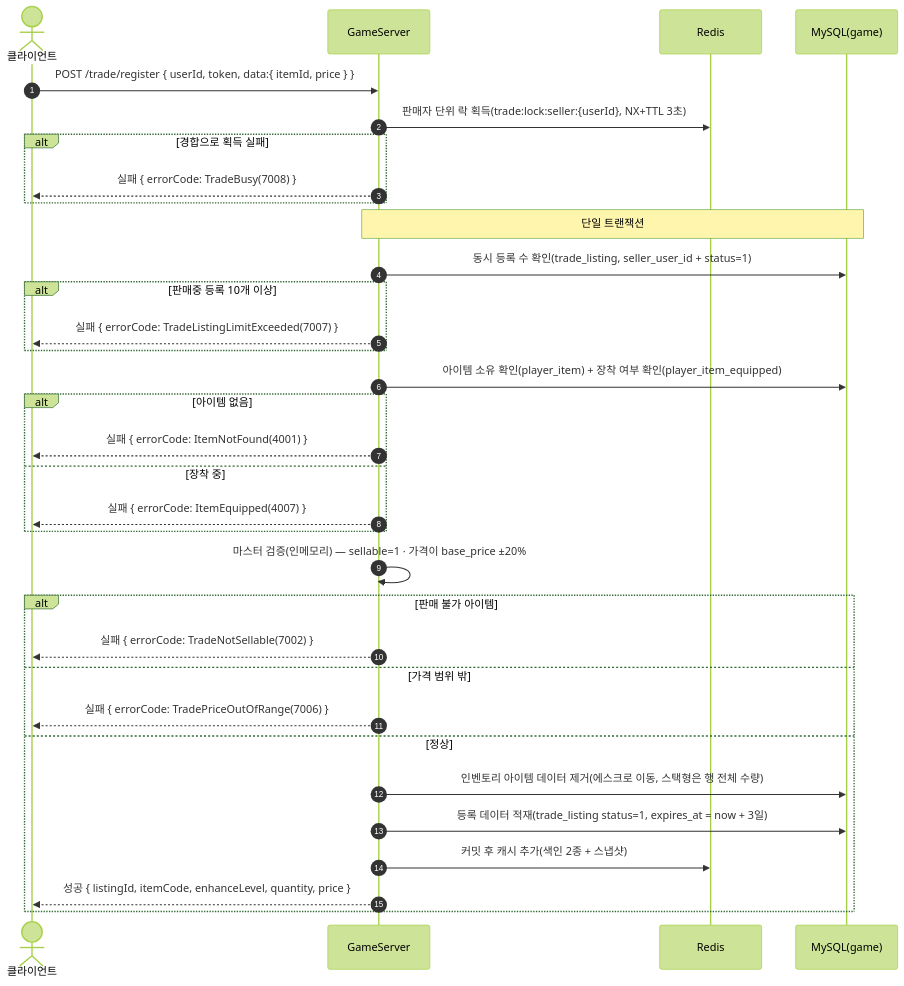
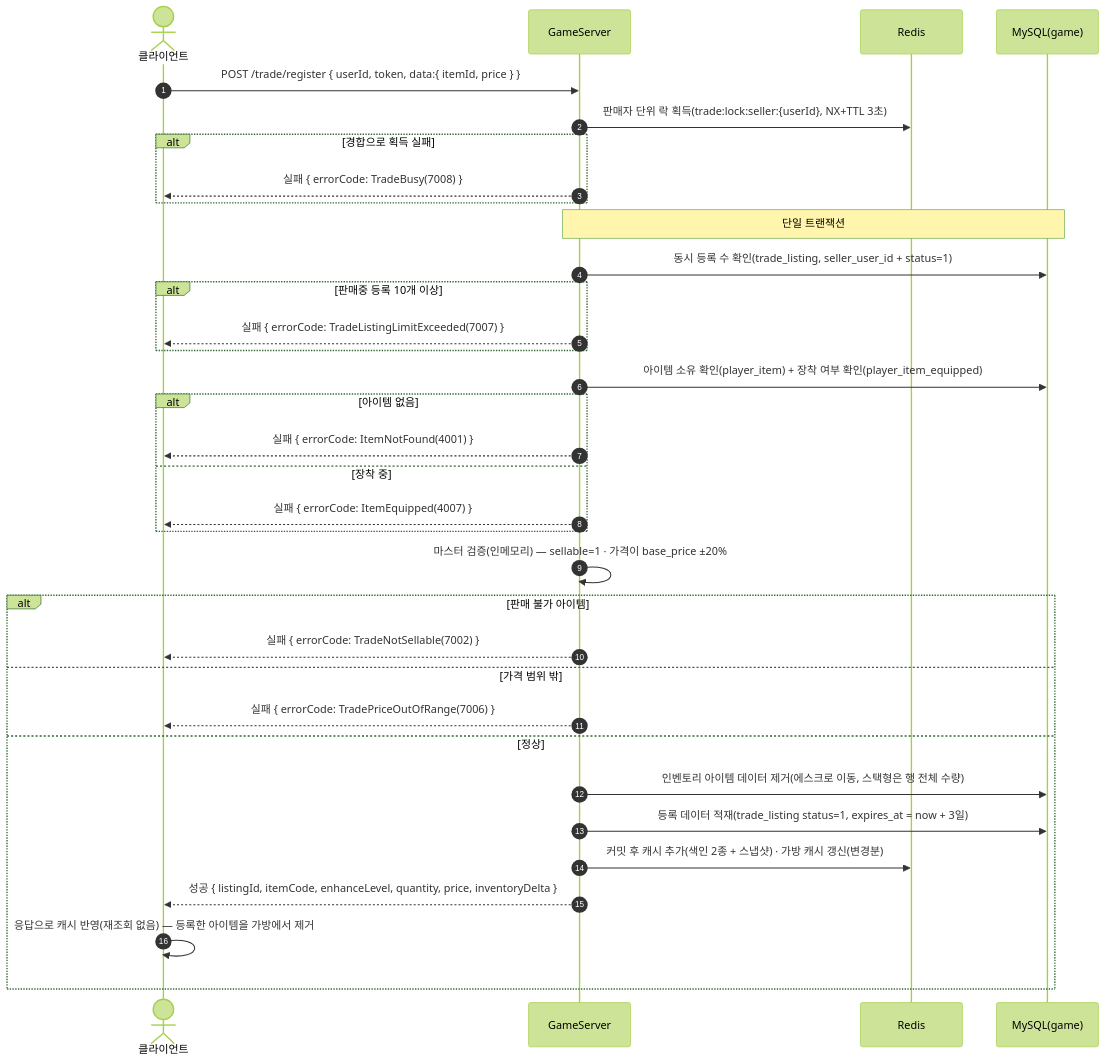
Diagram 26 of 35 in SequenceDiagram/README.md (ks-wook/com2us-taskbar-hero), drawn with Mermaid (forest theme) before and after one commit. The commit also changed other lines of this file and 13 other files, not shown here.

````diff
--- a/SequenceDiagram/README.md
+++ b/SequenceDiagram/README.md
@@ -780,36 +827,37 @@
 ```mermaid
 sequenceDiagram
     autonumber
     actor C as 클라이언트
     participant S as GameServer
     participant R as Redis
     participant DB as MySQL(game)
 
     C->>S: POST /trade/register { userId, token, data:{ itemId, price } }
     S->>R: 판매자 단위 락 획득(trade:lock:seller:{userId}, NX+TTL 3초)
     alt 경합으로 획득 실패
         S-->>C: 실패 { errorCode: TradeBusy(7008) }
     end
     Note over S,DB: 단일 트랜잭션
     S->>DB: 동시 등록 수 확인(trade_listing, seller_user_id + status=1)
     alt 판매중 등록 10개 이상
         S-->>C: 실패 { errorCode: TradeListingLimitExceeded(7007) }
     end
     S->>DB: 아이템 소유 확인(player_item) + 장착 여부 확인(player_item_equipped)
     alt 아이템 없음
         S-->>C: 실패 { errorCode: ItemNotFound(4001) }
     else 장착 중
         S-->>C: 실패 { errorCode: ItemEquipped(4007) }
     end
     S->>S: 마스터 검증(인메모리) — sellable=1 · 가격이 base_price ±20%
     alt 판매 불가 아이템
         S-->>C: 실패 { errorCode: TradeNotSellable(7002) }
     else 가격 범위 밖
         S-->>C: 실패 { errorCode: TradePriceOutOfRange(7006) }
     else 정상
         S->>DB: 인벤토리 아이템 데이터 제거(에스크로 이동, 스택형은 행 전체 수량)
         S->>DB: 등록 데이터 적재(trade_listing status=1, expires_at = now + 3일)
-        S->>R: 커밋 후 캐시 추가(색인 2종 + 스냅샷)
-        S-->>C: 성공 { listingId, itemCode, enhanceLevel, quantity, price }
+        S->>R: 커밋 후 캐시 추가(색인 2종 + 스냅샷) · 가방 캐시 갱신(변경분)
+        S-->>C: 성공 { listingId, itemCode, enhanceLevel, quantity, price, inventoryDelta }
+        C->>C: 응답으로 캐시 반영(재조회 없음) — 등록한 아이템을 가방에서 제거
     end
 ```
````
